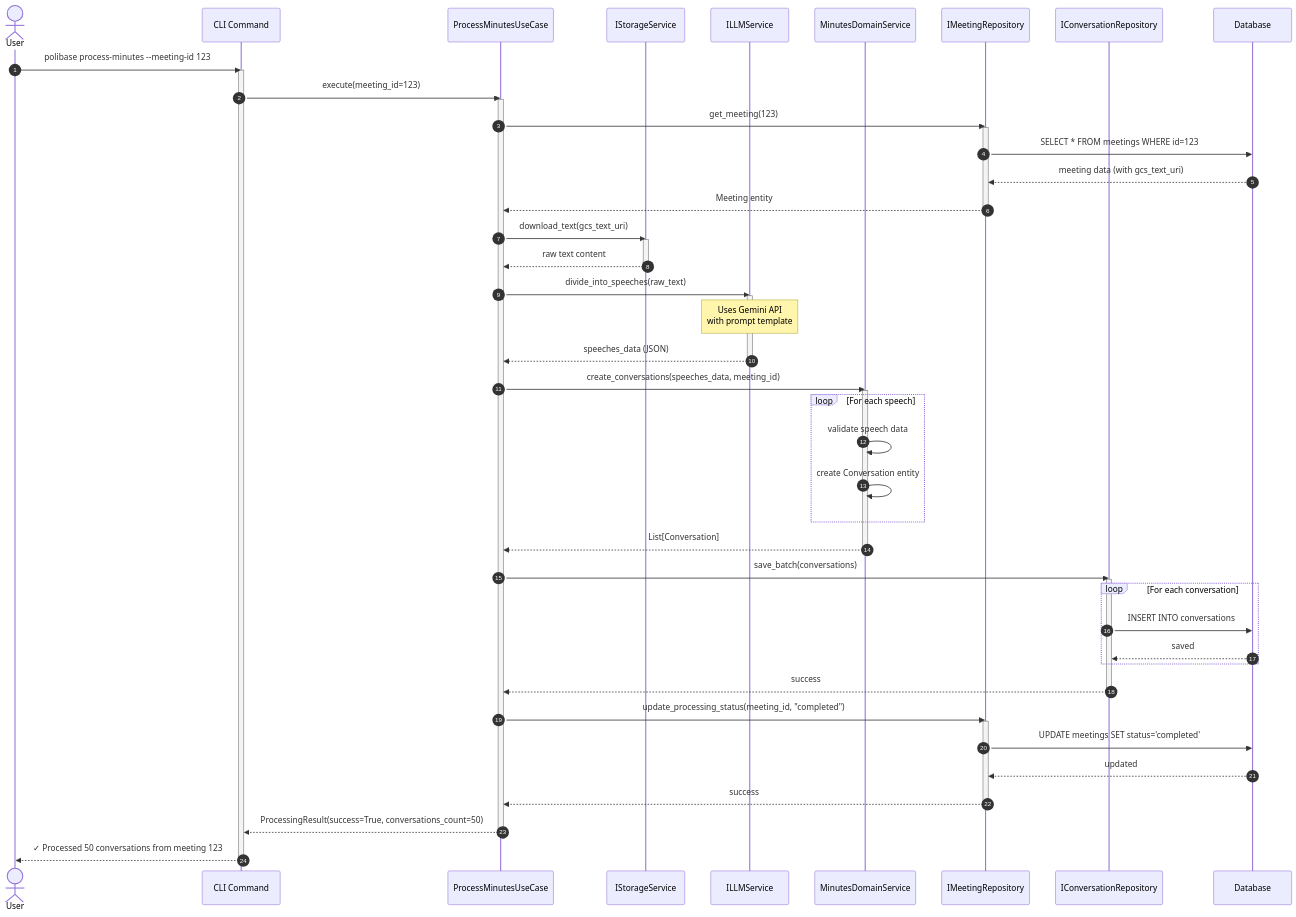
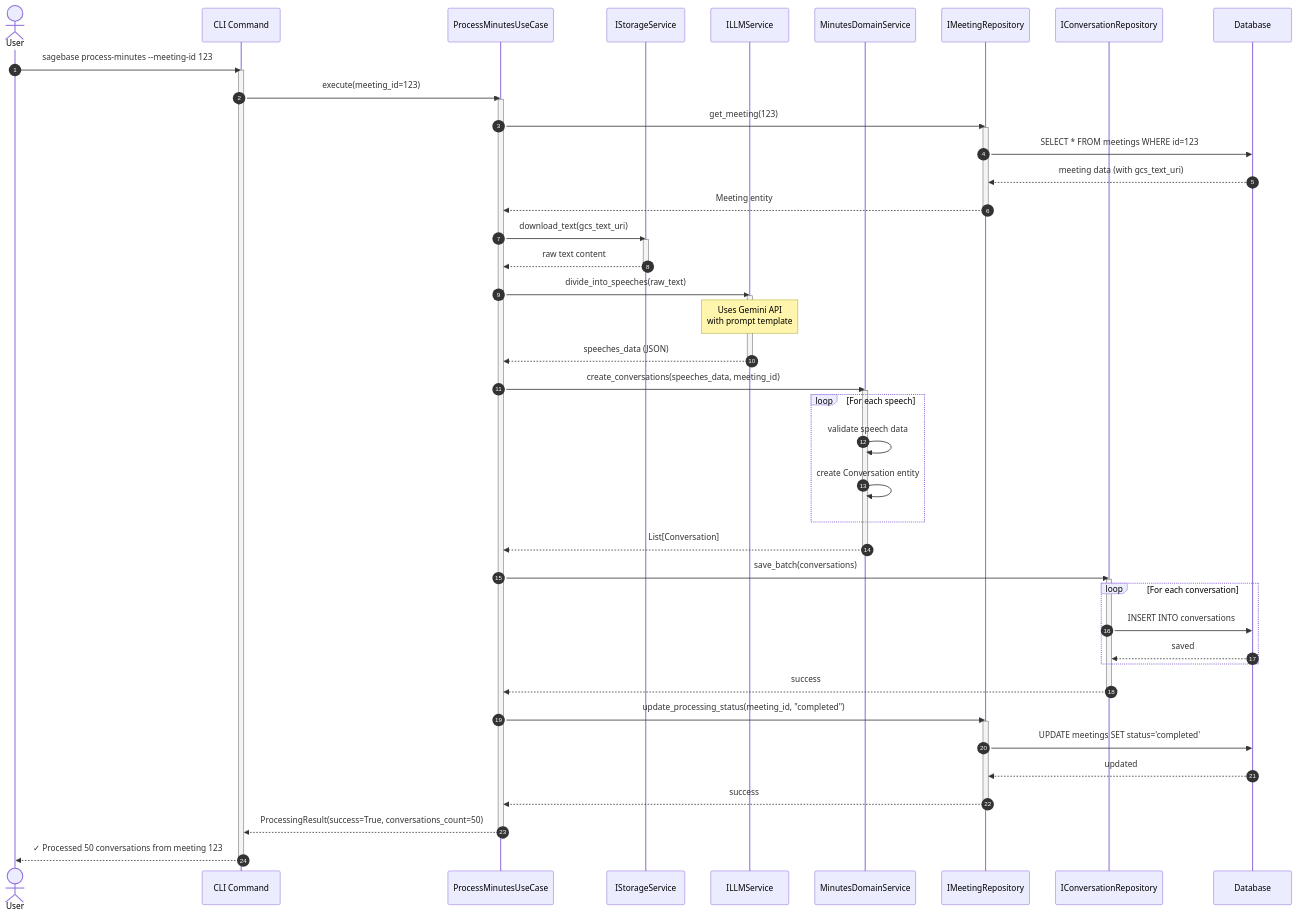
One commit to trust-chain-organization/polibase changed the third of 5 diagrams in docs/ARCHITECTURE.md. Above: the diagram before and after it, drawn with Mermaid. The commit also changed 32 other files, not shown here.

````diff
--- a/docs/ARCHITECTURE.md
+++ b/docs/ARCHITECTURE.md
@@ -235,77 +235,77 @@
 ```mermaid
 sequenceDiagram
     autonumber
     actor User
     participant CLI as CLI Command
     participant UseCase as ProcessMinutesUseCase
     participant Storage as IStorageService
     participant LLM as ILLMService
     participant DomainSvc as MinutesDomainService
     participant MeetingRepo as IMeetingRepository
     participant ConvRepo as IConversationRepository
     participant DB as Database
 
-    User->>CLI: polibase process-minutes --meeting-id 123
+    User->>CLI: sagebase process-minutes --meeting-id 123
     activate CLI
 
     CLI->>UseCase: execute(meeting_id=123)
     activate UseCase
 
     %% Fetch PDF/Text from GCS
     UseCase->>MeetingRepo: get_meeting(123)
     activate MeetingRepo
     MeetingRepo->>DB: SELECT * FROM meetings WHERE id=123
     DB-->>MeetingRepo: meeting data (with gcs_text_uri)
     MeetingRepo-->>UseCase: Meeting entity
     deactivate MeetingRepo
 
     UseCase->>Storage: download_text(gcs_text_uri)
     activate Storage
     Storage-->>UseCase: raw text content
     deactivate Storage
 
     %% LLM Processing
     UseCase->>LLM: divide_into_speeches(raw_text)
     activate LLM
     Note over LLM: Uses Gemini API<br/>with prompt template
     LLM-->>UseCase: speeches_data (JSON)
     deactivate LLM
 
     %% Domain Logic
     UseCase->>DomainSvc: create_conversations(speeches_data, meeting_id)
     activate DomainSvc
 
     loop For each speech
         DomainSvc->>DomainSvc: validate speech data
         DomainSvc->>DomainSvc: create Conversation entity
     end
 
     DomainSvc-->>UseCase: List[Conversation]
     deactivate DomainSvc
 
     %% Save to Database
     UseCase->>ConvRepo: save_batch(conversations)
     activate ConvRepo
 
     loop For each conversation
         ConvRepo->>DB: INSERT INTO conversations
         DB-->>ConvRepo: saved
     end
 
     ConvRepo-->>UseCase: success
     deactivate ConvRepo
 
     %% Update meeting status
     UseCase->>MeetingRepo: update_processing_status(meeting_id, "completed")
     activate MeetingRepo
     MeetingRepo->>DB: UPDATE meetings SET status='completed'
     DB-->>MeetingRepo: updated
     MeetingRepo-->>UseCase: success
     deactivate MeetingRepo
 
     UseCase-->>CLI: ProcessingResult(success=True, conversations_count=50)
     deactivate UseCase
 
     CLI-->>User: ✓ Processed 50 conversations from meeting 123
     deactivate CLI
 ```
````
